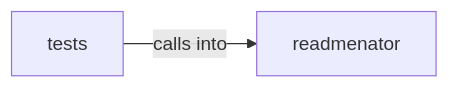
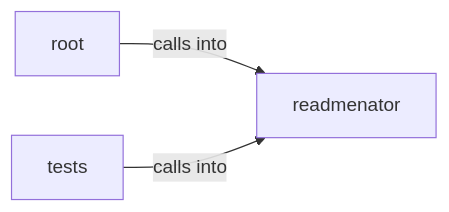
Before and after one commit to grisuno/ReadMenator: the diagram in readmenator-diagrams/readmenator__video.md, drawn with Mermaid. The commit also changed other lines of this file and 334 other files, not shown here.

````diff
--- a/readmenator-diagrams/readmenator__video.md
+++ b/readmenator-diagrams/readmenator__video.md
@@ -5,6 +5,8 @@
 ```mermaid
 graph LR
     readmenator["readmenator"]
+    root["root"]
     tests["tests"]
+    root -- "calls into" --> readmenator
     tests -- "calls into" --> readmenator
 ```
````
